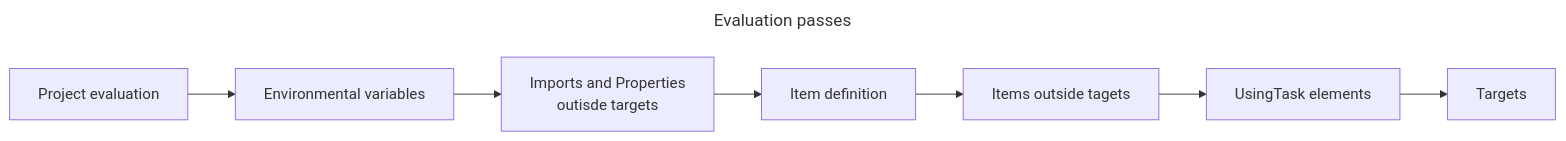
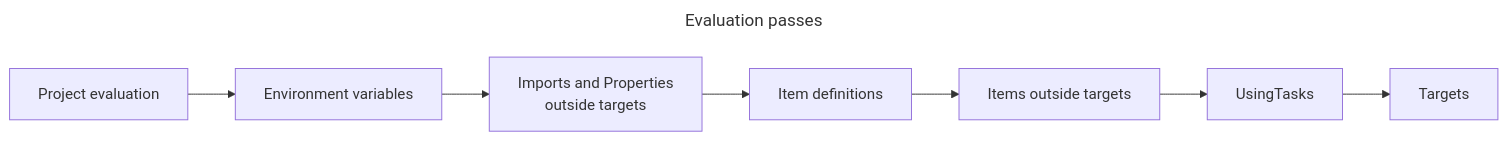
Before and after one commit to dotnet/msbuild: the third of 4 diagrams in documentation/High-level-overview.md, drawn with Mermaid. The commit also changed other lines of this file, not shown here.

````diff
--- a/documentation/High-level-overview.md
+++ b/documentation/High-level-overview.md
@@ -114,14 +114,14 @@
 ```mermaid
 ---
 title: Evaluation passes 
 ---
 flowchart LR
     PE[Project evaluation] --> 
-    EV[Environmental variables] --> 
+    EV[Environment variables] --> 
     IP[Imports and Properties 
-    outisde targets] -->
-    ID[Item definition] -->
-    IO[Items outside tagets] -->
-    UE[UsingTask elements] -->
+    outside targets] -->
+    ID[Item definitions] -->
+    IO[Items outside targets] -->
+    UE[UsingTasks] -->
     T[Targets]
 ```
````
